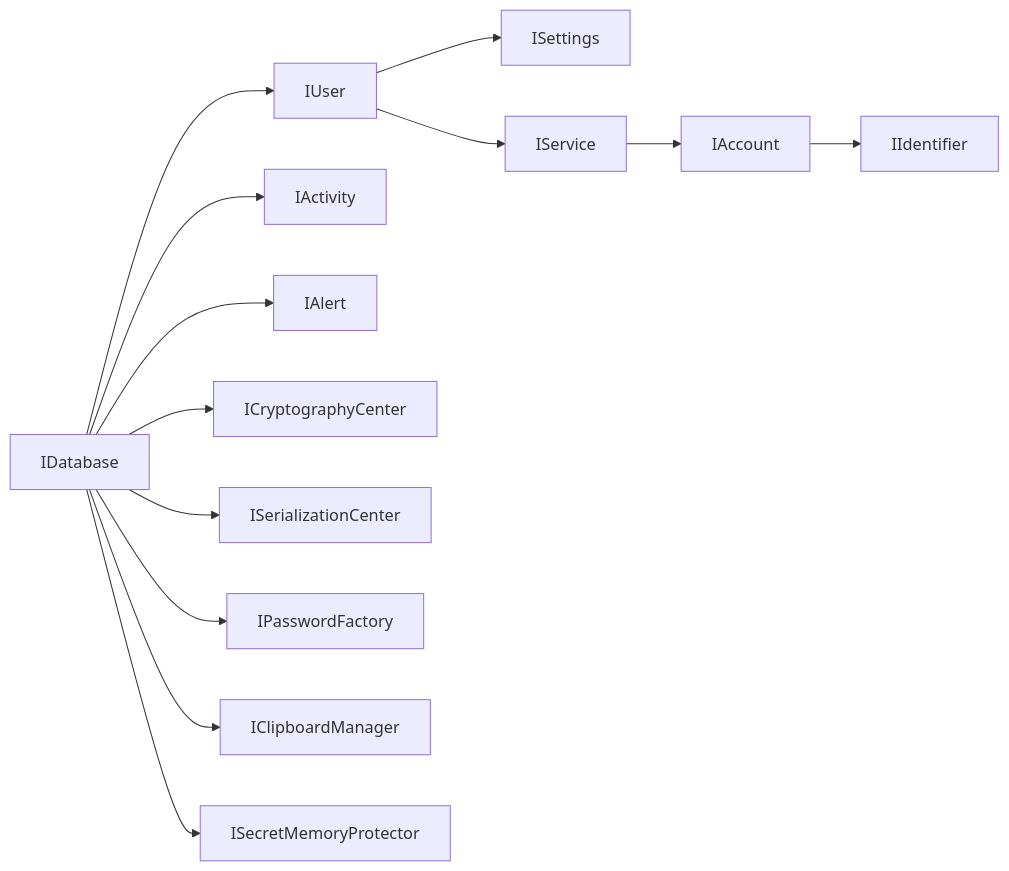
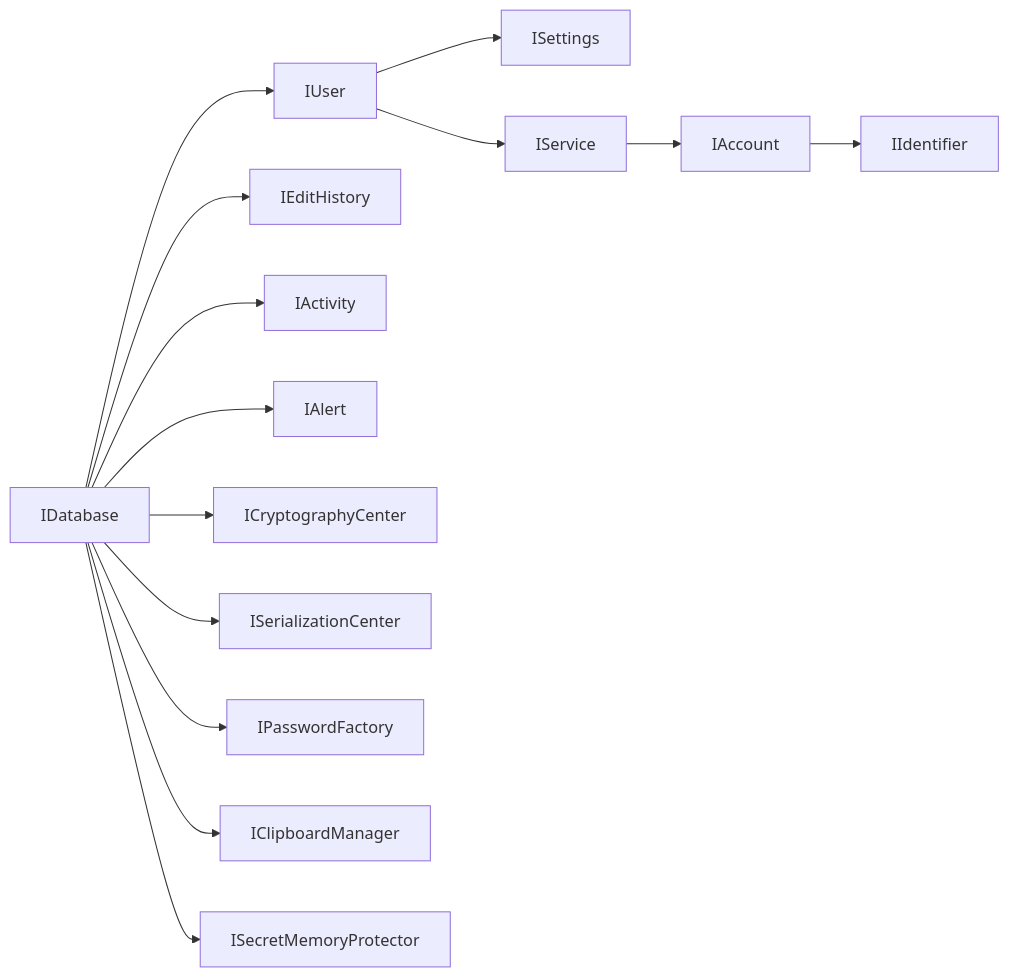
The first of 2 diagrams in Wiki/Architecture.md (YassinLokhat/Upsilon.Apps.Passkey), drawn with Mermaid before and after one commit. The commit also changed other lines of this file and 3 other files, not shown here.

````diff
--- a/Wiki/Architecture.md
+++ b/Wiki/Architecture.md
@@ -25,15 +25,16 @@
 ```mermaid
 flowchart LR
   IDatabase --> IUser
+  IDatabase --> IEditHistory
   IUser --> ISettings
   IUser --> IService
   IService --> IAccount
   IAccount --> IIdentifier
   IDatabase --> IActivity
   IDatabase --> IAlert
   IDatabase --> ICryptographyCenter
   IDatabase --> ISerializationCenter
   IDatabase --> IPasswordFactory
   IDatabase --> IClipboardManager
   IDatabase --> ISecretMemoryProtector
 ```
````
